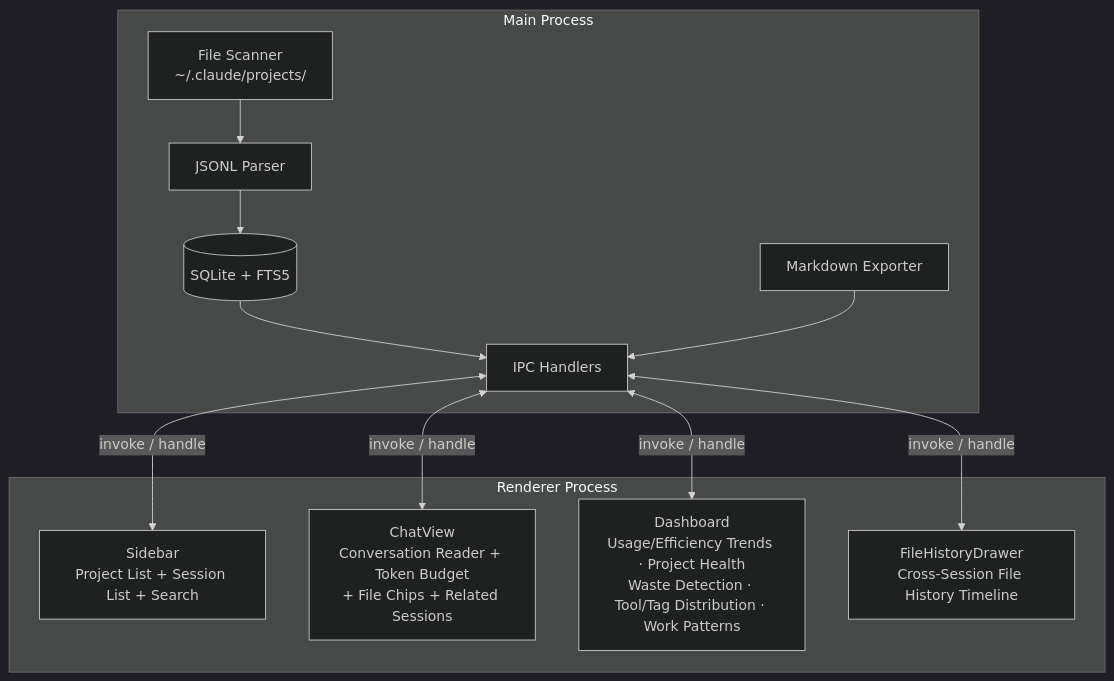
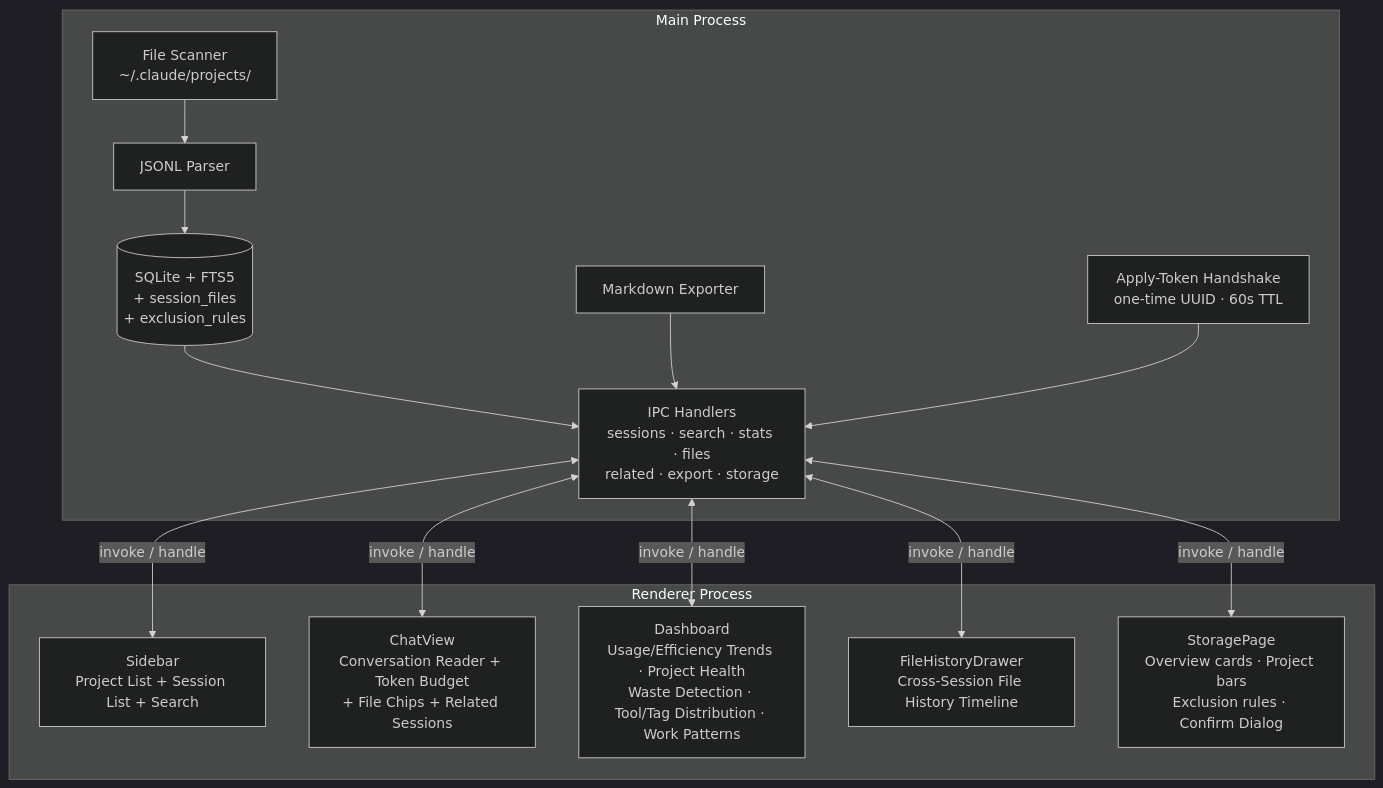
The diagram in README_EN.md (tznthou/ccRewind), drawn with Mermaid (dark theme) before and after one commit. The commit also changed other lines of this file and 3 other files, not shown here.

````diff
--- a/README_EN.md
+++ b/README_EN.md
@@ -109,21 +124,24 @@
 ```mermaid
 graph TB
     subgraph Main Process
         FS[File Scanner<br>~/.claude/projects/] --> JP[JSONL Parser]
-        JP --> DB[(SQLite + FTS5)]
-        DB --> IPC[IPC Handlers]
+        JP --> DB[(SQLite + FTS5<br>+ session_files<br>+ exclusion_rules)]
+        DB --> IPC[IPC Handlers<br>sessions · search · stats · files<br>related · export · storage]
         EX[Markdown Exporter] --> IPC
+        AT[Apply-Token Handshake<br>one-time UUID · 60s TTL] --> IPC
     end
 
     subgraph Renderer Process
         SB[Sidebar<br>Project List + Session List + Search]
         CV[ChatView<br>Conversation Reader + Token Budget<br>+ File Chips + Related Sessions]
         DB_UI[Dashboard<br>Usage/Efficiency Trends · Project Health<br>Waste Detection · Tool/Tag Distribution · Work Patterns]
         FH[FileHistoryDrawer<br>Cross-Session File History Timeline]
+        SP[StoragePage<br>Overview cards · Project bars<br>Exclusion rules · Confirm Dialog]
     end
 
     IPC <-->|invoke / handle| SB
     IPC <-->|invoke / handle| CV
     IPC <-->|invoke / handle| DB_UI
     IPC <-->|invoke / handle| FH
+    IPC <-->|invoke / handle| SP
 ```
````
